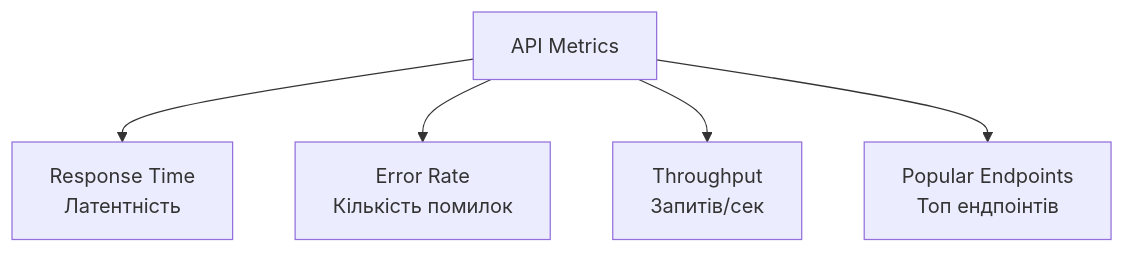
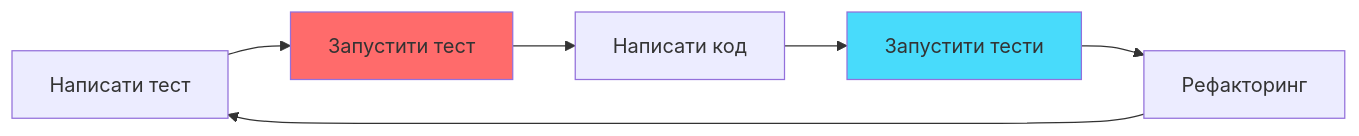
The eighth of 8 diagrams in docs/presentations/presentation-12.md (olroi421/course-opi), drawn with Mermaid before and after one commit. The commit also changed other lines of this file and 8 other files, not shown here.

````diff
--- a/docs/presentations/presentation-12.md
+++ b/docs/presentations/presentation-12.md
@@ -707,7 +417,11 @@
 ```mermaid
-graph TB
-    A[API Metrics] --> B[Response Time<br/>Латентність]
-    A --> C[Error Rate<br/>Кількість помилок]
-    A --> D[Throughput<br/>Запитів/сек]
-    A --> E[Popular Endpoints<br/>Топ ендпоінтів]
+graph LR
+    A[Написати тест] --> B[Запустити тест]
+    B --> C[Написати код]
+    C --> D[Запустити тести]
+    D --> E[Рефакторинг]
+    E --> A
+
+    style B fill:#ff6b6b
+    style D fill:#48dbfb
 ```
````
